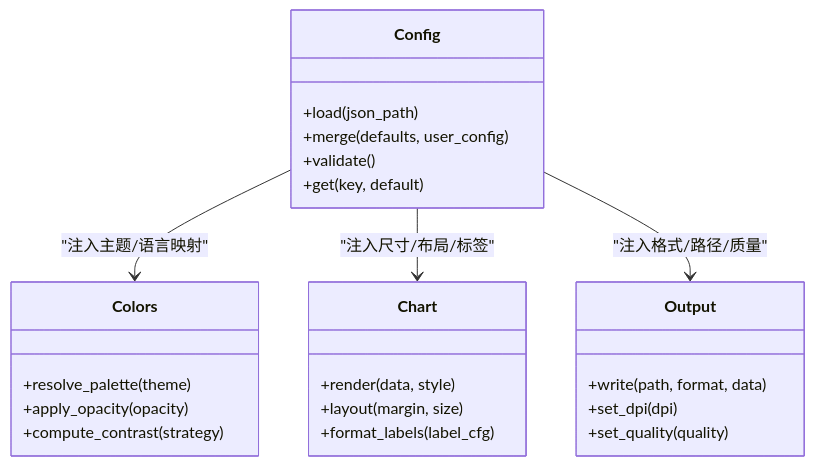
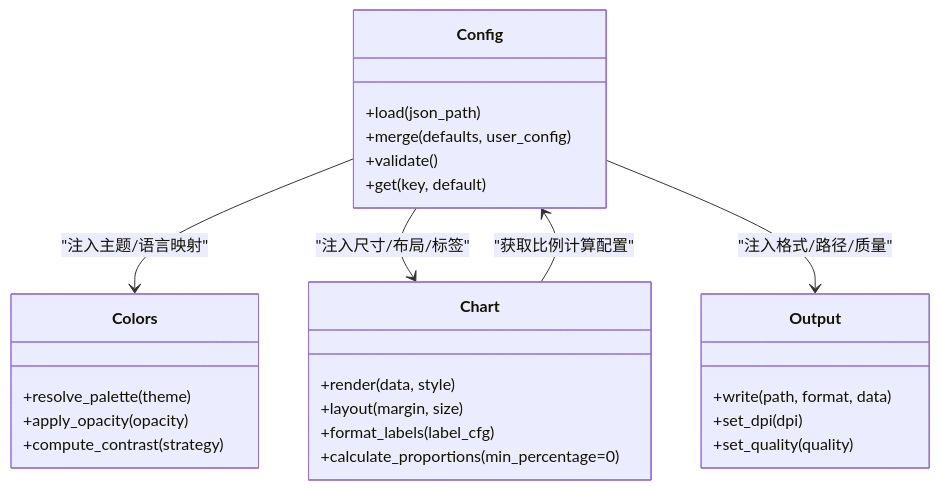
Before and after one commit to KrelinnBios/github-profile-language-donut: the third of 3 diagrams in .qoder/repowiki/zh/content/核心配置详解.md, drawn with Mermaid. The commit also changed other lines of this file and 22 other files, not shown here.

Commit message:
refactor: set min_segment_percentage to 1.0, increase bar min width, remove test badge

````diff
--- a/.qoder/repowiki/zh/content/核心配置详解.md
+++ b/.qoder/repowiki/zh/content/核心配置详解.md
@@ -273,27 +295,29 @@
 ```mermaid
 classDiagram
 class Config {
 +load(json_path)
 +merge(defaults, user_config)
 +validate()
 +get(key, default)
 }
 class Colors {
 +resolve_palette(theme)
 +apply_opacity(opacity)
 +compute_contrast(strategy)
 }
 class Chart {
 +render(data, style)
 +layout(margin, size)
 +format_labels(label_cfg)
++calculate_proportions(min_percentage=0)
 }
 class Output {
 +write(path, format, data)
 +set_dpi(dpi)
 +set_quality(quality)
 }
 Config --> Colors : "注入主题/语言映射"
 Config --> Chart : "注入尺寸/布局/标签"
 Config --> Output : "注入格式/路径/质量"
+Chart --> Config : "获取比例计算配置"
 ```
````
